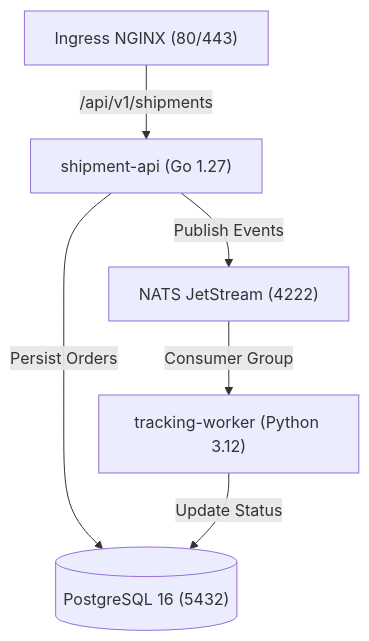
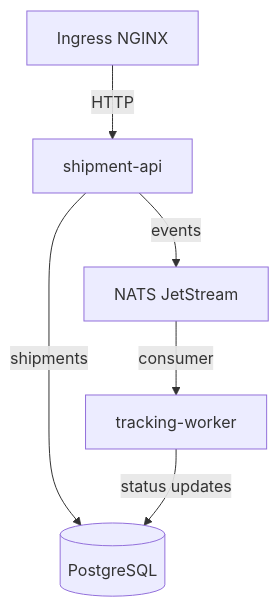
The diagram in docs/KUBERNETES.md (AAAmer91/kube-delivery-platform), drawn with Mermaid before and after one commit. The commit also changed other lines of this file and 12 other files, not shown here.

````diff
--- a/docs/KUBERNETES.md
+++ b/docs/KUBERNETES.md
@@ -9,8 +7,8 @@
 ```mermaid
 graph TD
-    Ingress["Ingress NGINX (80/443)"] -->|/api/v1/shipments| API["shipment-api (Go 1.27)"]
-    API -->|Publish Events| NATS["NATS JetStream (4222)"]
-    API -->|Persist Orders| DB[("PostgreSQL 16 (5432)")]
-    NATS -->|Consumer Group| Worker["tracking-worker (Python 3.12)"]
-    Worker -->|Update Status| DB
+    Ingress[Ingress NGINX] -->|HTTP| API[shipment-api]
+    API -->|events| NATS[NATS JetStream]
+    API -->|shipments| DB[(PostgreSQL)]
+    NATS -->|consumer| Worker[tracking-worker]
+    Worker -->|status updates| DB
 ```
````
